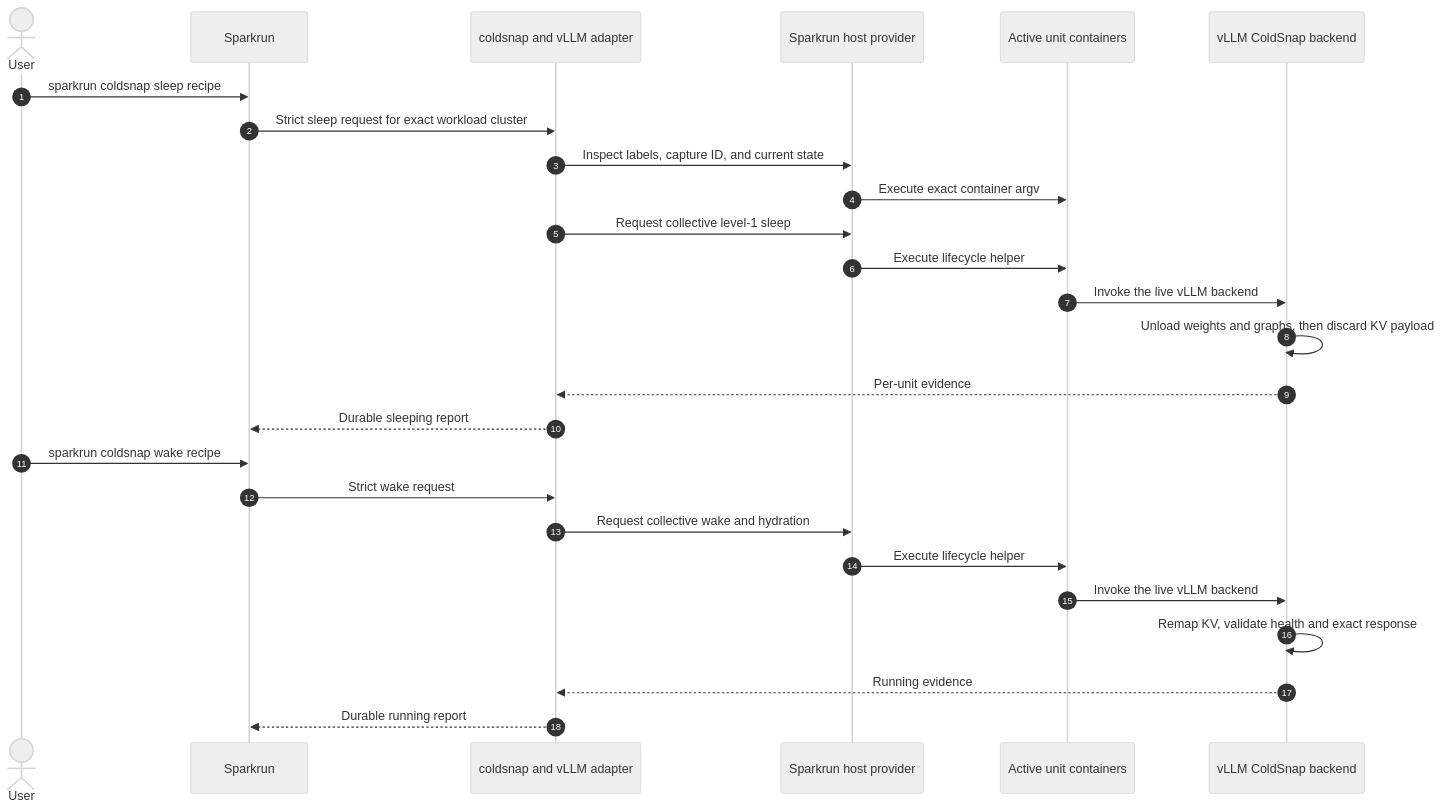
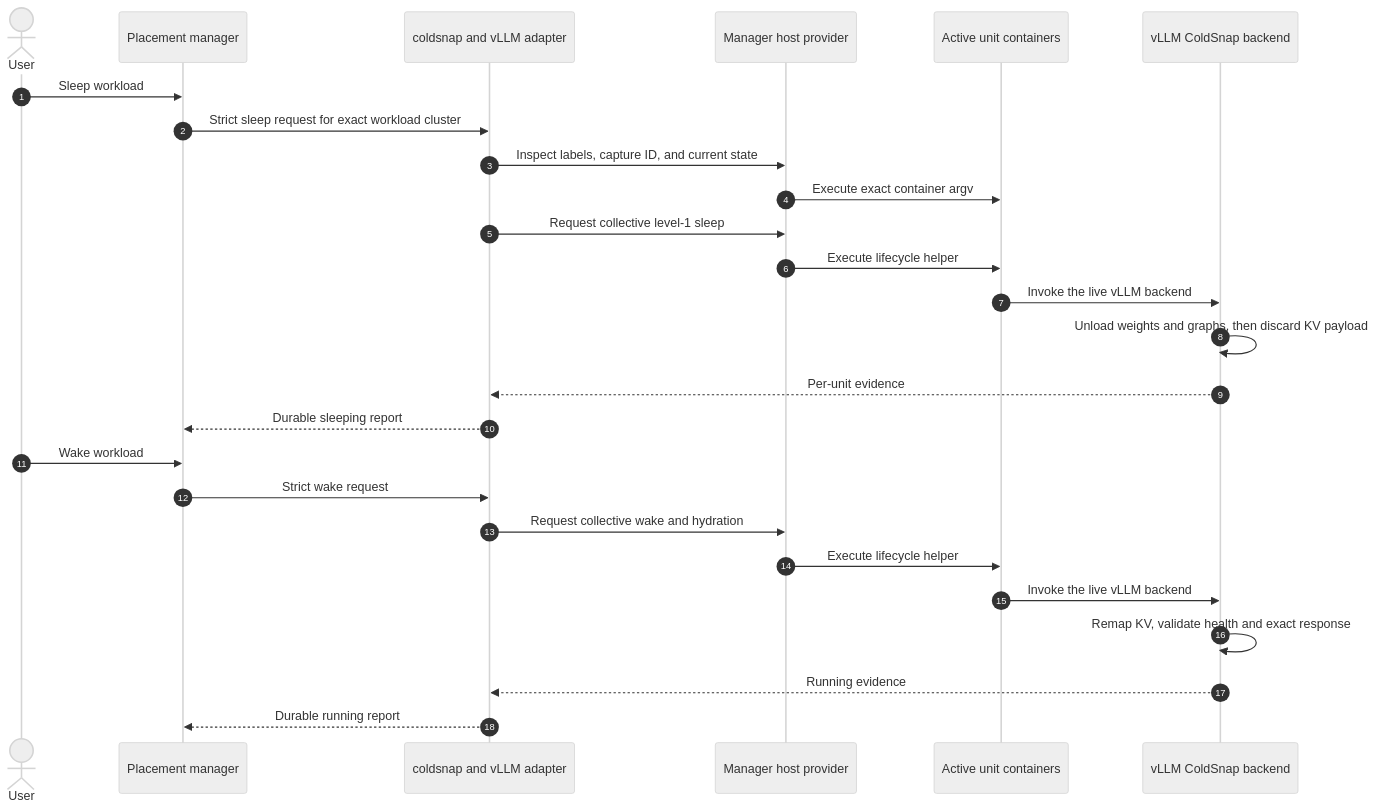
The fifth of 5 diagrams in docs/architecture.md (sparksq/coldsnap), drawn with Mermaid (neutral theme) before and after one commit. The commit also changed other lines of this file and 15 other files, not shown here.

````diff
--- a/docs/architecture.md
+++ b/docs/architecture.md
@@ -555,29 +517,29 @@
 ```mermaid
 sequenceDiagram
     autonumber
     actor User
-    participant SR as Sparkrun
+    participant SR as Placement manager
     participant C as coldsnap and vLLM adapter
-    participant HP as Sparkrun host provider
+    participant HP as Manager host provider
     participant D as Active unit containers
     participant V as vLLM ColdSnap backend
 
-    User->>SR: sparkrun coldsnap sleep recipe
+    User->>SR: Sleep workload
     SR->>C: Strict sleep request for exact workload cluster
     C->>HP: Inspect labels, capture ID, and current state
     HP->>D: Execute exact container argv
     C->>HP: Request collective level-1 sleep
     HP->>D: Execute lifecycle helper
     D->>V: Invoke the live vLLM backend
     V->>V: Unload weights and graphs, then discard KV payload
     V-->>C: Per-unit evidence
     C-->>SR: Durable sleeping report
-    User->>SR: sparkrun coldsnap wake recipe
+    User->>SR: Wake workload
     SR->>C: Strict wake request
     C->>HP: Request collective wake and hydration
     HP->>D: Execute lifecycle helper
     D->>V: Invoke the live vLLM backend
     V->>V: Remap KV, validate health and exact response
     V-->>C: Running evidence
     C-->>SR: Durable running report
 ```
````
